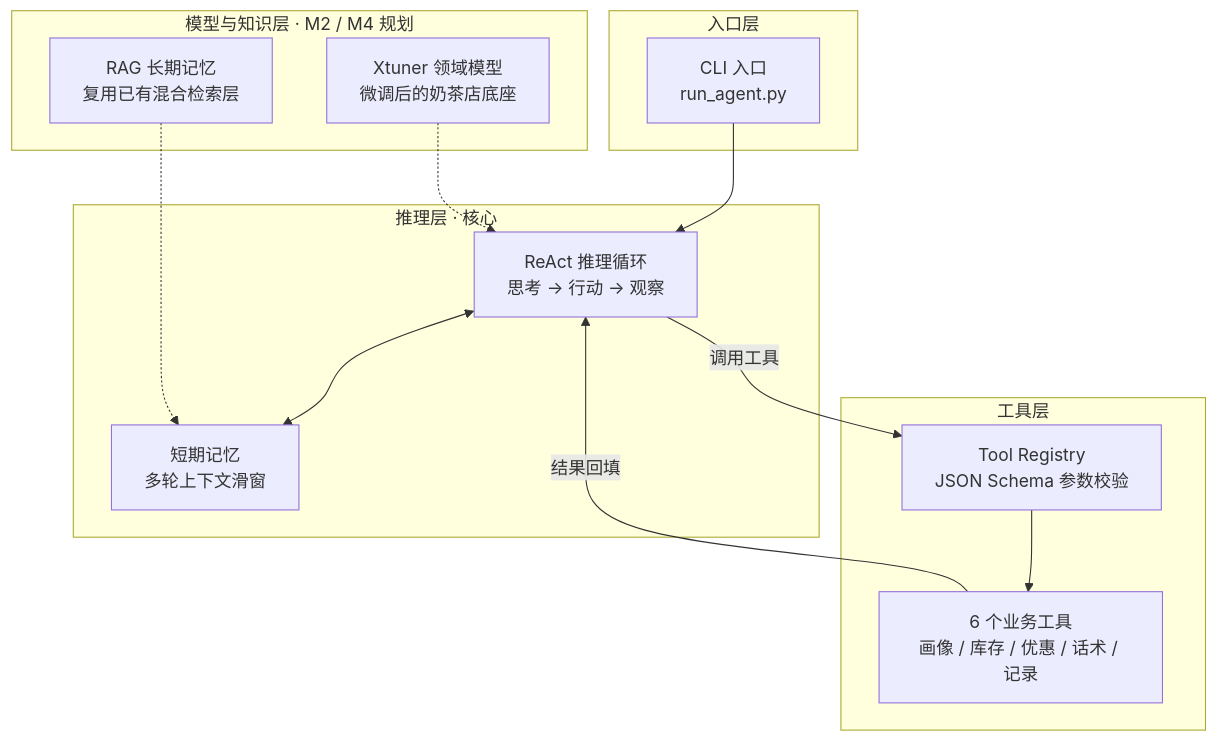
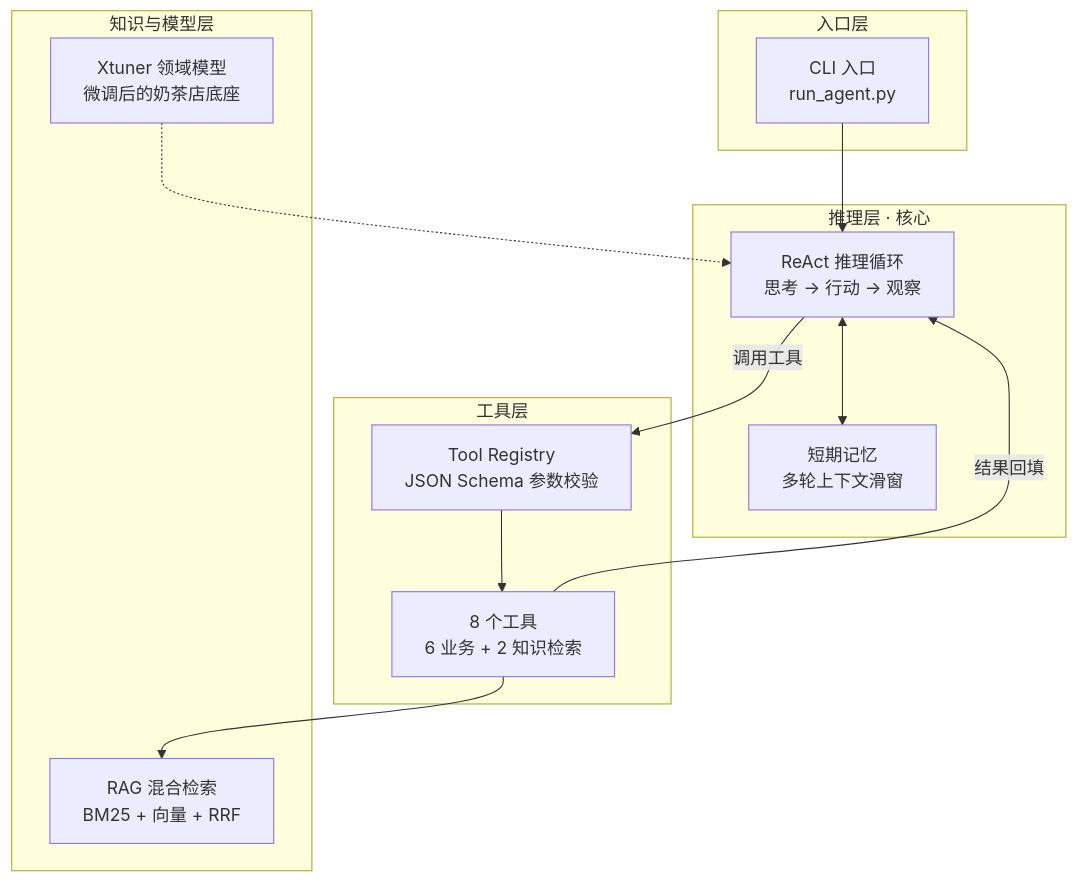
Before and after one commit to Soleil-gzm/dialog-sft-forge: the second of 2 diagrams in README.md, drawn with Mermaid. The commit also changed other lines of this file and 11 other files, not shown here.

````diff
--- a/README.md
+++ b/README.md
@@ -137,30 +138,29 @@
 ```mermaid
 flowchart TB
     subgraph L1["入口层"]
         CLI["CLI 入口<br/>run_agent.py"]
     end
 
     subgraph L2["推理层 · 核心"]
         REACT["ReAct 推理循环<br/>思考 → 行动 → 观察"]
         MEM["短期记忆<br/>多轮上下文滑窗"]
     end
 
     subgraph L3["工具层"]
         REG["Tool Registry<br/>JSON Schema 参数校验"]
-        TOOLS["6 个业务工具<br/>画像 / 库存 / 优惠 / 话术 / 记录"]
+        TOOLS["8 个工具<br/>6 业务 + 2 知识检索"]
     end
 
-    subgraph L4["模型与知识层 · M2 / M4 规划"]
+    subgraph L4["知识与模型层"]
+        RAG["RAG 混合检索<br/>BM25 + 向量 + RRF"]
         FT["Xtuner 领域模型<br/>微调后的奶茶店底座"]
-        RAG["RAG 长期记忆<br/>复用已有混合检索层"]
     end
 
     CLI --> REACT
     REACT <--> MEM
     REACT -->|调用工具| REG
     REG --> TOOLS
     TOOLS -->|结果回填| REACT
-
+    TOOLS --> RAG
     FT -.-> REACT
-    RAG -.-> MEM
 ```
````
